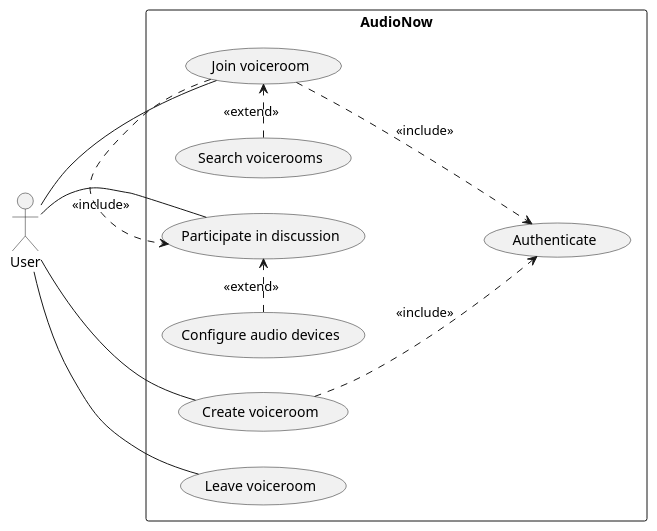
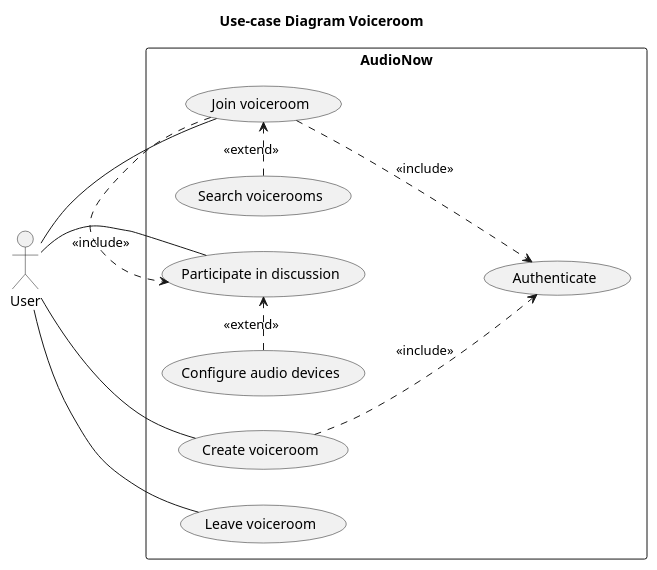
Before and after one commit to Dorfultariant/semm-diagrams: the diagram in VoiceRoom/usecase.puml, drawn with PlantUML. The commit also changed 17 other files, not shown here.

Commit message:
Updated the purchase and voiceroom use-case diagrams with titles.

```diff
--- a/VoiceRoom/usecase.puml
+++ b/VoiceRoom/usecase.puml
@@ -1,37 +1,39 @@
 @startuml UseCaseVoiceRoom
+
+title Use-case Diagram Voiceroom
 
 left to right direction
 
 actor "User" as U
 
 '' Process roughly derived from Acceptance criteria of the requirements: 
 '' Authentication, Voiceroom Access and Voiceroom discussion
 rectangle "AudioNow" {
   usecase "Authenticate" as UC1
   usecase "Search voicerooms" as UC2
   usecase "Join voiceroom" as UC3
   usecase "Create voiceroom" as UC4
 
   usecase "Participate in discussion" as UC5
   usecase "Configure audio devices" as UC6
   usecase "Leave voiceroom" as UC7
 }
 
 U -- UC3
 U -- UC4
 U -- UC5
 U -- UC7
 
 ''src: https://blog.visual-paradigm.com/include-and-extend-use-cases/
 '' extending relations for the user interactable use-cases
 '' Prerequisite for joining or creating a voiceroom is authentication
 UC3 ..> UC1 : <<include>>
 UC4 ..> UC1 : <<include>>
 '' To participate in discussion, user must have joined voiceroom
 UC3 .-right-.> UC5 : <<include>>
 '' Search is not necessarily a prerequisite for joining a room as the user could create their own and join to a friend directly
 UC2 .-right-.> UC3 : <<extend>>
 '' Configuration of audiodevices is not necessarily a prerequisite but a 
 '' derivative for the participation in discussion 
 UC6 .-right-.> UC5 : <<extend>>
 @enduml
```
